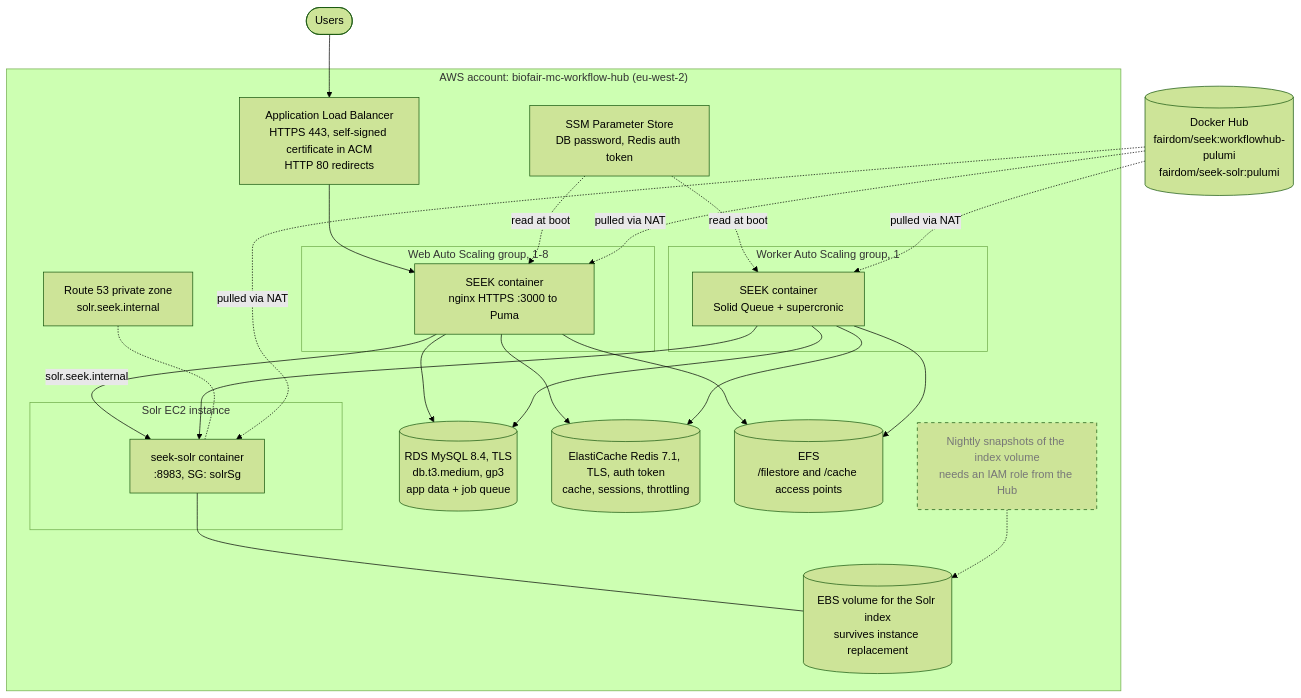
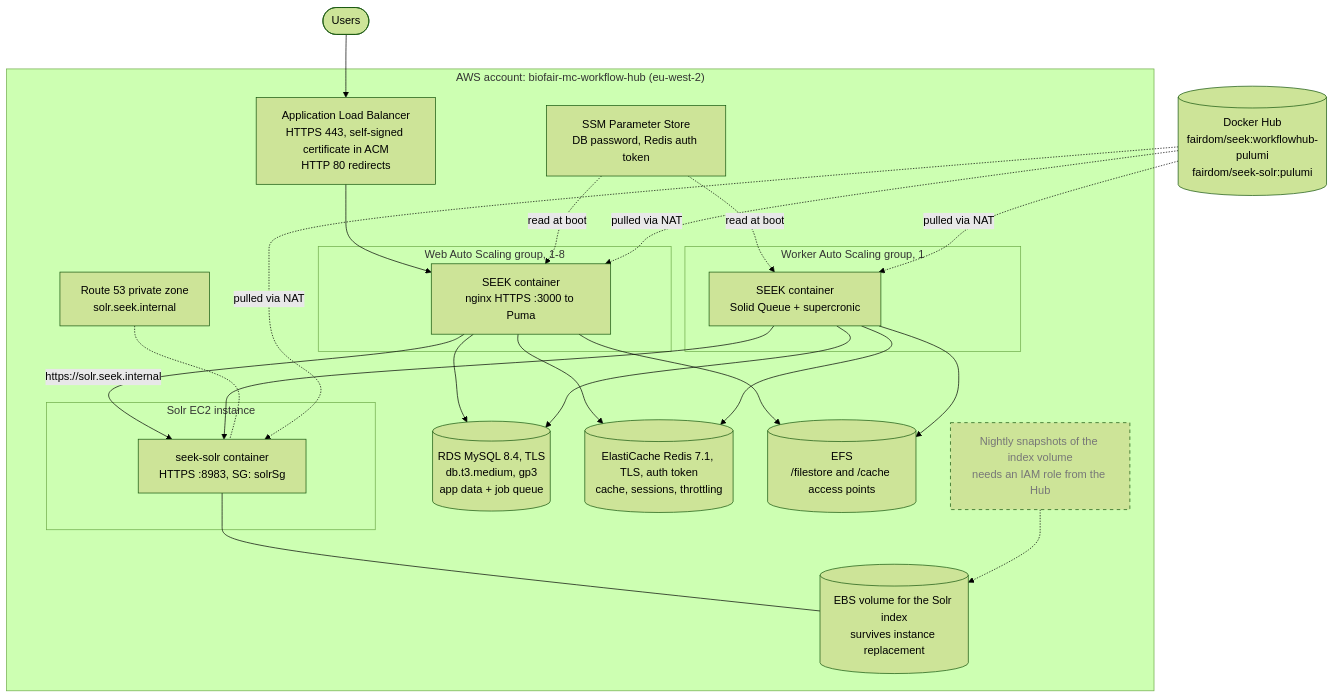
The second of 5 diagrams in docs/pulumi-architecture.md (seek4science/seek), drawn with Mermaid (forest theme) before and after one commit. The commit also changed other lines of this file and 4 other files, not shown here.

````diff
--- a/docs/pulumi-architecture.md
+++ b/docs/pulumi-architecture.md
@@ -62,49 +62,49 @@
 ```mermaid
 flowchart TB
     users(["Users"])
     hub[("Docker Hub<br/>fairdom/seek:workflowhub-pulumi<br/>fairdom/seek-solr:pulumi")]
 
     subgraph aws["AWS account: biofair-mc-workflow-hub (eu-west-2)"]
         alb["Application Load Balancer<br/>HTTPS 443, self-signed certificate in ACM<br/>HTTP 80 redirects"]
 
         subgraph webasg["Web Auto Scaling group, 1-8"]
             web["SEEK container<br/>nginx HTTPS :3000 to Puma"]
         end
         subgraph workerasg["Worker Auto Scaling group, 1"]
             workers["SEEK container<br/>Solid Queue + supercronic"]
         end
         subgraph solrbox["Solr EC2 instance"]
-            solr["seek-solr container<br/>:8983, SG: solrSg"]
+            solr["seek-solr container<br/>HTTPS :8983, SG: solrSg"]
         end
 
         privdns["Route 53 private zone<br/>solr.seek.internal"]
         rds[("RDS MySQL 8.4, TLS<br/>db.t3.medium, gp3<br/>app data + job queue")]
         redis[("ElastiCache Redis 7.1, TLS, auth token<br/>cache, sessions, throttling")]
         efs[("EFS<br/>/filestore and /cache access points")]
         params["SSM Parameter Store<br/>DB password, Redis auth token"]
 
         ebs[("EBS volume for the Solr index<br/>survives instance replacement")]
         snaps["Nightly snapshots of the index volume<br/>needs an IAM role from the Hub"]
     end
 
     users --> alb --> web
     web --> rds
     web --> redis
     web --> efs
-    web -- "solr.seek.internal" --> solr
+    web -- "https://solr.seek.internal" --> solr
     workers --> rds
     workers --> redis
     workers --> efs
     workers --> solr
     privdns -.- solr
     params -. "read at boot" .-> web
     params -. "read at boot" .-> workers
     hub -. "pulled via NAT" .-> web
     hub -. "pulled via NAT" .-> workers
     hub -. "pulled via NAT" .-> solr
     solr --- ebs
     snaps -.-> ebs
 
     classDef planned stroke-dasharray:5 5,color:#777
     class snaps planned
 ```
````
